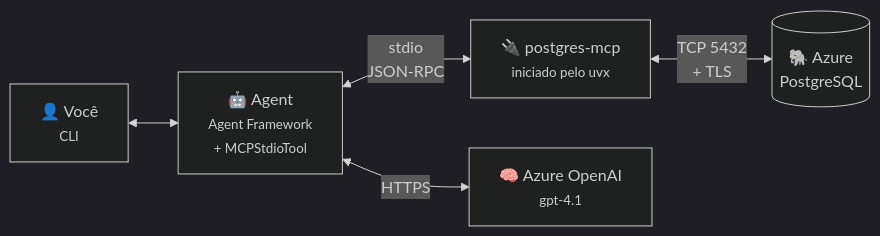
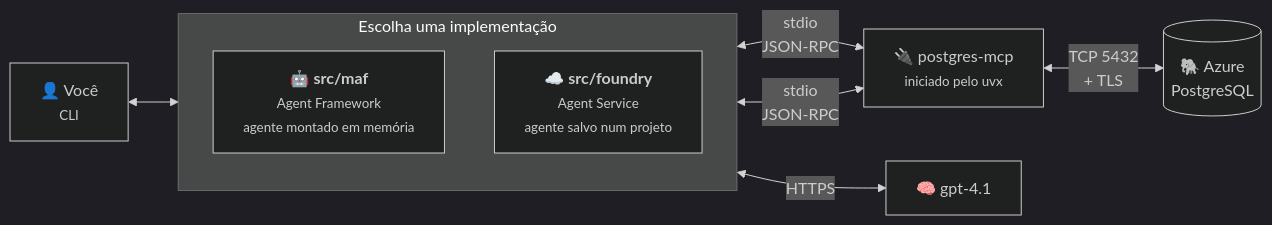
The diagram in README.pt-BR.md (pedro-pauletti/msft-agent-framework-postgres), drawn with Mermaid (dark theme) before and after one commit. The commit also changed other lines of this file and 38 other files, not shown here.

First line of the commit message:
Add a second implementation: the same agent on the Foundry Agent Service

````diff
--- a/README.pt-BR.md
+++ b/README.pt-BR.md
@@ -9,13 +9,20 @@
 ```mermaid
 flowchart LR
     User["👤 Você<br/><small>CLI</small>"]
-    Agent["🤖 Agent<br/><small>Agent Framework<br/>+ MCPStdioTool</small>"]
+
+    subgraph impl[" Escolha uma implementação "]
+        direction TB
+        MAF["🤖 <b>src/maf</b><br/><small>Agent Framework<br/>agente montado em memória</small>"]
+        FDY["☁️ <b>src/foundry</b><br/><small>Agent Service<br/>agente salvo num projeto</small>"]
+    end
+
     MCP["🔌 postgres-mcp<br/><small>iniciado pelo uvx</small>"]
     DB[("🐘 Azure<br/>PostgreSQL")]
-    AOAI["🧠 Azure OpenAI<br/><small>gpt-4.1</small>"]
+    Model["🧠 gpt-4.1"]
 
-    User <--> Agent
-    Agent <-->|"stdio<br/>JSON-RPC"| MCP
+    User <--> impl
+    MAF <-->|"stdio<br/>JSON-RPC"| MCP
+    FDY <-->|"stdio<br/>JSON-RPC"| MCP
     MCP <-->|"TCP 5432<br/>+ TLS"| DB
-    Agent <-->|HTTPS| AOAI
+    impl <-->|HTTPS| Model
 ```
````
